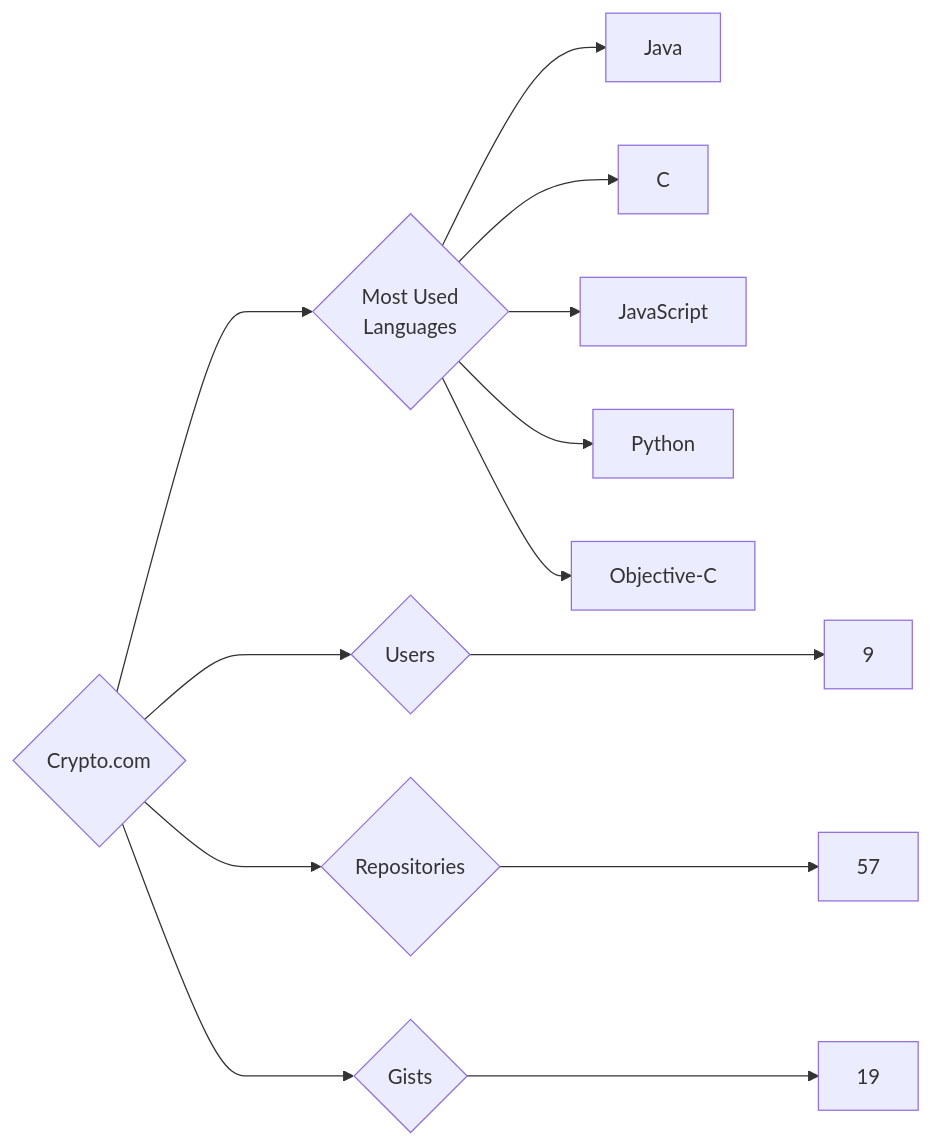
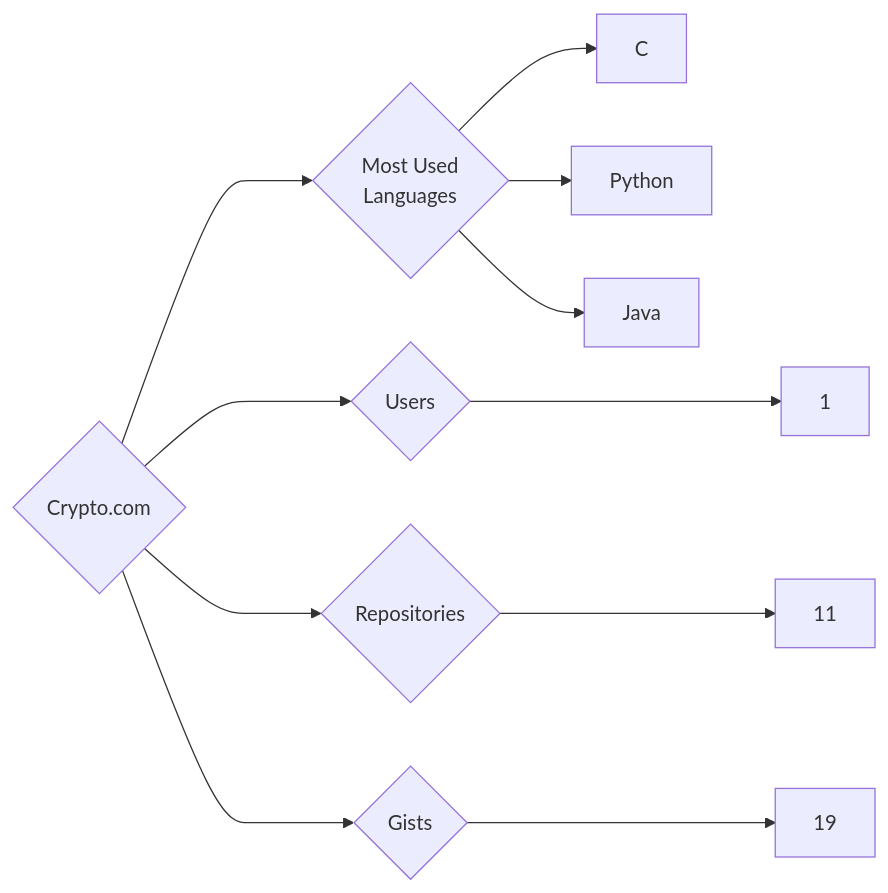
The diagram in targets/Crypto.com/README.md (trickest/insiders), drawn with Mermaid before and after one commit. The commit also changed 891 other files, not shown here.

````diff
--- a/targets/Crypto.com/README.md
+++ b/targets/Crypto.com/README.md
@@ -3,13 +3,11 @@
 ```mermaid
 graph LR
 COMPANY_NAME{Crypto.com}
-COMPANY_NAME ---> U{Users} ---> UN[9]
-COMPANY_NAME ---> R{Repositories} ---> RN[57]
+COMPANY_NAME ---> U{Users} ---> UN[1]
+COMPANY_NAME ---> R{Repositories} ---> RN[11]
 COMPANY_NAME ---> G{Gists} ---> GN[19]
 COMPANY_NAME ---> ML{Most Used<br>Languages}
+ML --> C[C]
+ML --> Python[Python]
 ML --> Java[Java]
-ML --> C[C]
-ML --> JavaScript[JavaScript]
-ML --> Python[Python]
-ML --> Objective-C[Objective-C]
 ```
````
